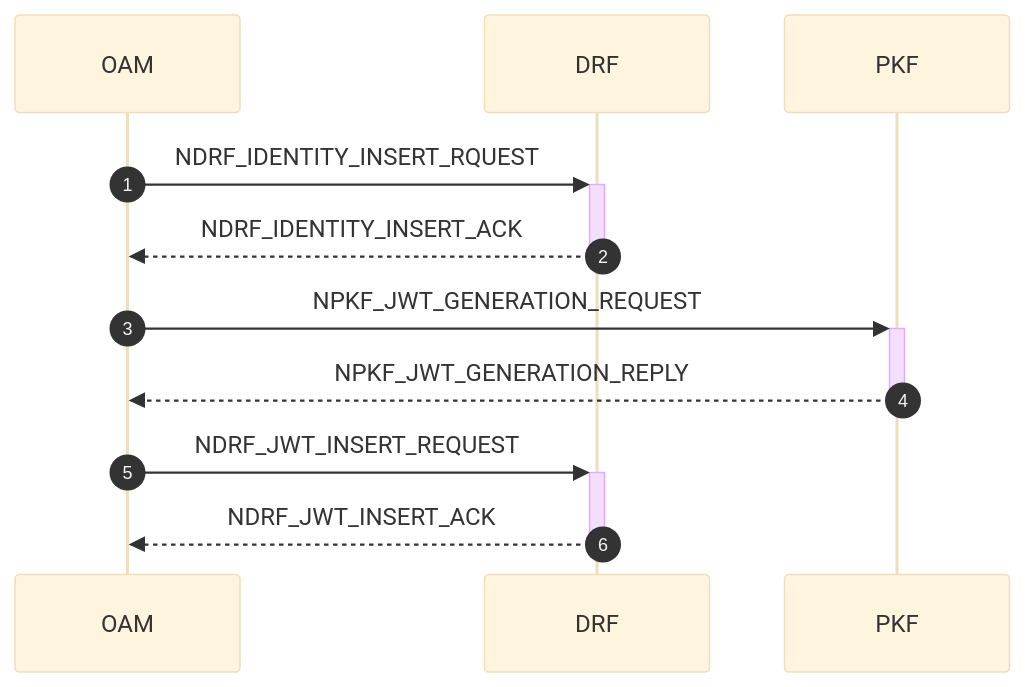
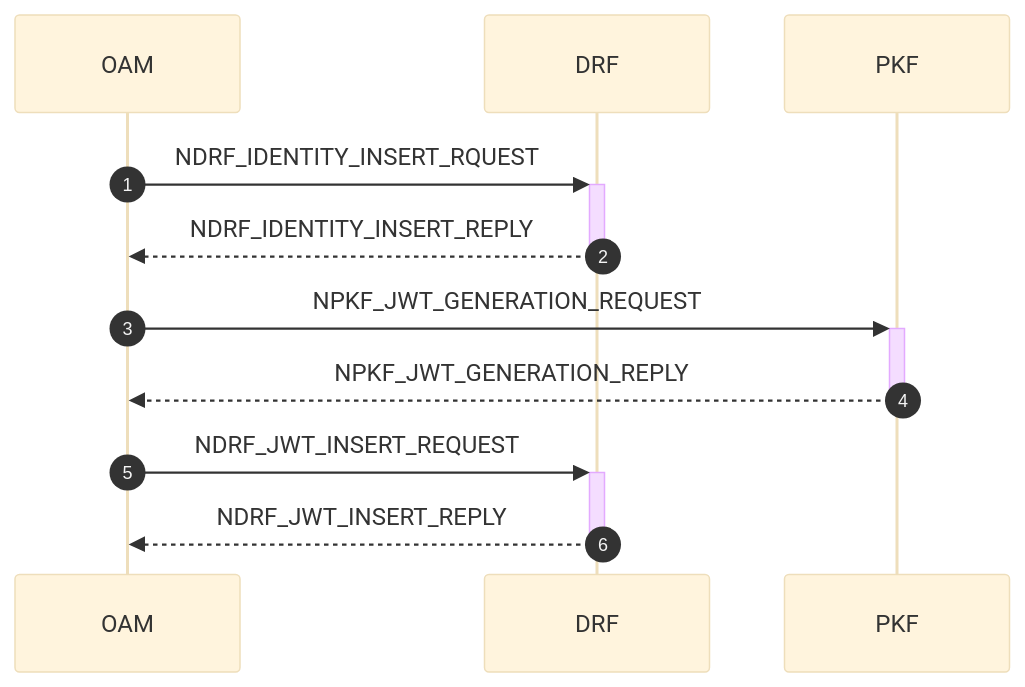
Diagram 14 of 21 in doc/doc-spec/00-series-general/00.002-procedure.md (veil-link/veilink), drawn with Mermaid (base theme) before and after one commit. The commit also changed other lines of this file and 1 other file, not shown here.

Commit message:
feat: oam monitoring

````diff
--- a/doc/doc-spec/00-series-general/00.002-procedure.md
+++ b/doc/doc-spec/00-series-general/00.002-procedure.md
@@ -333,15 +336,15 @@
 ```mermaid
 sequenceDiagram
     autonumber
 
     participant oam as OAM
     participant drf as DRF
     participant pkf as PKF
 
     oam ->>+ drf: NDRF_IDENTITY_INSERT_RQUEST
-    drf -->>- oam: NDRF_IDENTITY_INSERT_ACK
+    drf -->>- oam: NDRF_IDENTITY_INSERT_REPLY
     oam ->>+ pkf: NPKF_JWT_GENERATION_REQUEST
     pkf -->>- oam: NPKF_JWT_GENERATION_REPLY
     oam ->>+ drf: NDRF_JWT_INSERT_REQUEST
-    drf -->>- oam: NDRF_JWT_INSERT_ACK
+    drf -->>- oam: NDRF_JWT_INSERT_REPLY
 ```
````
